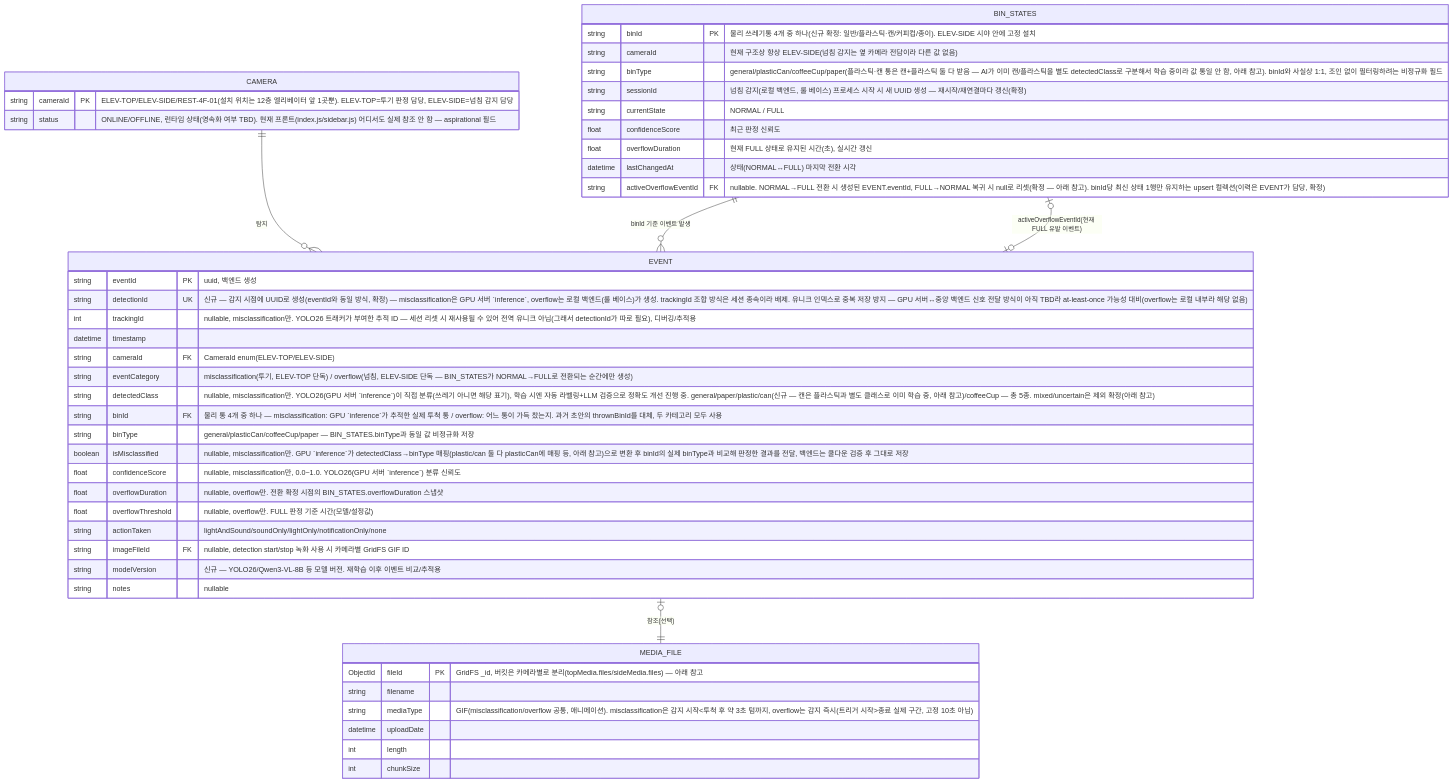
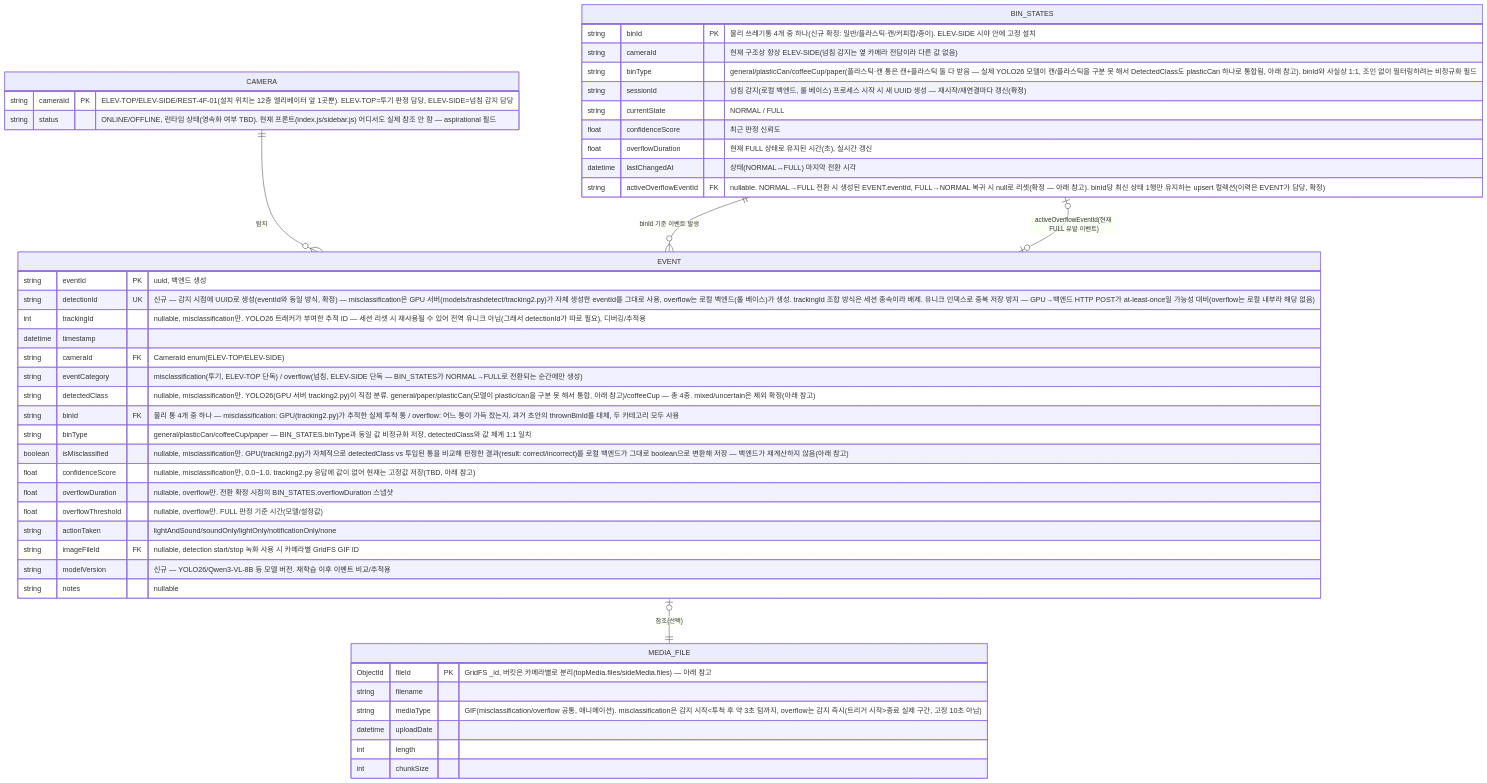
One commit to SortMasterr/SortMaster changed the diagram in Docs/ERD.md. Above: the diagram before and after it, drawn with Mermaid. The commit also changed other lines of this file and 5 other files, not shown here.

First line of the commit message:
docs: GPU 연동 방향 정정 및 통 위치 룰 베이스 확정 반영

````diff
--- a/Docs/ERD.md
+++ b/Docs/ERD.md
@@ -18,53 +20,53 @@
 ```mermaid
 erDiagram
     CAMERA ||--o{ EVENT : "탐지"
     BIN_STATES ||--o{ EVENT : "binId 기준 이벤트 발생"
     BIN_STATES |o--o| EVENT : "activeOverflowEventId(현재 FULL 유발 이벤트)"
     EVENT |o--|| MEDIA_FILE : "참조(선택)"
 
     CAMERA {
         string cameraId PK "ELEV-TOP/ELEV-SIDE/REST-4F-01(설치 위치는 12층 엘리베이터 앞 1곳뿐). ELEV-TOP=투기 판정 담당, ELEV-SIDE=넘침 감지 담당"
         string status "ONLINE/OFFLINE, 런타임 상태(영속화 여부 TBD). 현재 프론트(index.js/sidebar.js) 어디서도 실제 참조 안 함 — aspirational 필드"
     }
 
     BIN_STATES {
         string binId PK "물리 쓰레기통 4개 중 하나(신규 확정: 일반/플라스틱·캔/커피컵/종이). ELEV-SIDE 시야 안에 고정 설치"
         string cameraId "현재 구조상 항상 ELEV-SIDE(넘침 감지는 옆 카메라 전담이라 다른 값 없음)"
-        string binType "general/plasticCan/coffeeCup/paper(플라스틱·캔 통은 캔+플라스틱 둘 다 받음 — AI가 이미 캔/플라스틱을 별도 detectedClass로 구분해서 학습 중이라 값 통일 안 함, 아래 참고). binId와 사실상 1:1, 조인 없이 필터링하려는 비정규화 필드"
+        string binType "general/plasticCan/coffeeCup/paper(플라스틱·캔 통은 캔+플라스틱 둘 다 받음 — 실제 YOLO26 모델이 캔/플라스틱을 구분 못 해서 DetectedClass도 plasticCan 하나로 통합됨, 아래 참고). binId와 사실상 1:1, 조인 없이 필터링하려는 비정규화 필드"
         string sessionId "넘침 감지(로컬 백엔드, 룰 베이스) 프로세스 시작 시 새 UUID 생성 — 재시작/재연결마다 갱신(확정)"
         string currentState "NORMAL / FULL"
         float confidenceScore "최근 판정 신뢰도"
         float overflowDuration "현재 FULL 상태로 유지된 시간(초), 실시간 갱신"
         datetime lastChangedAt "상태(NORMAL↔FULL) 마지막 전환 시각"
         string activeOverflowEventId FK "nullable. NORMAL→FULL 전환 시 생성된 EVENT.eventId, FULL→NORMAL 복귀 시 null로 리셋(확정 — 아래 참고). binId당 최신 상태 1행만 유지하는 upsert 컬렉션(이력은 EVENT가 담당, 확정)"
     }
 
     EVENT {
         string eventId PK "uuid, 백엔드 생성"
-        string detectionId UK "신규 — 감지 시점에 UUID로 생성(eventId와 동일 방식, 확정) — misclassification은 GPU 서버 `inference`, overflow는 로컬 백엔드(룰 베이스)가 생성. trackingId 조합 방식은 세션 종속이라 배제. 유니크 인덱스로 중복 저장 방지 — GPU 서버↔중앙 백엔드 신호 전달 방식이 아직 TBD라 at-least-once 가능성 대비(overflow는 로컬 내부라 해당 없음)"
+        string detectionId UK "신규 — 감지 시점에 UUID로 생성(eventId와 동일 방식, 확정) — misclassification은 GPU 서버(models/trashdetect/tracking2.py)가 자체 생성한 eventId를 그대로 사용, overflow는 로컬 백엔드(룰 베이스)가 생성. trackingId 조합 방식은 세션 종속이라 배제. 유니크 인덱스로 중복 저장 방지 — GPU→백엔드 HTTP POST가 at-least-once일 가능성 대비(overflow는 로컬 내부라 해당 없음)"
         int trackingId "nullable, misclassification만. YOLO26 트래커가 부여한 추적 ID — 세션 리셋 시 재사용될 수 있어 전역 유니크 아님(그래서 detectionId가 따로 필요), 디버깅/추적용"
         datetime timestamp
         string cameraId FK "CameraId enum(ELEV-TOP/ELEV-SIDE)"
         string eventCategory "misclassification(투기, ELEV-TOP 단독) / overflow(넘침, ELEV-SIDE 단독 — BIN_STATES가 NORMAL→FULL로 전환되는 순간에만 생성)"
-        string detectedClass "nullable, misclassification만. YOLO26(GPU 서버 `inference`)이 직접 분류(쓰레기 아니면 해당 표기), 학습 시엔 자동 라벨링+LLM 검증으로 정확도 개선 진행 중. general/paper/plastic/can(신규 — 캔은 플라스틱과 별도 클래스로 이미 학습 중, 아래 참고)/coffeeCup — 총 5종. mixed/uncertain은 제외 확정(아래 참고)"
-        string binId FK "물리 통 4개 중 하나 — misclassification: GPU `inference`가 추적한 실제 투척 통 / overflow: 어느 통이 가득 찼는지. 과거 초안의 thrownBinId를 대체, 두 카테고리 모두 사용"
-        string binType "general/plasticCan/coffeeCup/paper — BIN_STATES.binType과 동일 값 비정규화 저장"
-        boolean isMisclassified "nullable, misclassification만. GPU `inference`가 detectedClass→binType 매핑(plastic/can 둘 다 plasticCan에 매핑 등, 아래 참고)으로 변환 후 binId의 실제 binType과 비교해 판정한 결과를 전달, 백엔드는 쿨다운 검증 후 그대로 저장"
-        float confidenceScore "nullable, misclassification만, 0.0~1.0. YOLO26(GPU 서버 `inference`) 분류 신뢰도"
+        string detectedClass "nullable, misclassification만. YOLO26(GPU 서버 tracking2.py)이 직접 분류. general/paper/plasticCan(모델이 plastic/can을 구분 못 해서 통합, 아래 참고)/coffeeCup — 총 4종. mixed/uncertain은 제외 확정(아래 참고)"
+        string binId FK "물리 통 4개 중 하나 — misclassification: GPU(tracking2.py)가 추적한 실제 투척 통 / overflow: 어느 통이 가득 찼는지. 과거 초안의 thrownBinId를 대체, 두 카테고리 모두 사용"
+        string binType "general/plasticCan/coffeeCup/paper — BIN_STATES.binType과 동일 값 비정규화 저장, detectedClass와 값 체계 1:1 일치"
+        boolean isMisclassified "nullable, misclassification만. GPU(tracking2.py)가 자체적으로 detectedClass vs 투입된 통을 비교해 판정한 결과(result: correct/incorrect)를 로컬 백엔드가 그대로 boolean으로 변환해 저장 — 백엔드가 재계산하지 않음(아래 참고)"
+        float confidenceScore "nullable, misclassification만, 0.0~1.0. tracking2.py 응답에 값이 없어 현재는 고정값 저장(TBD, 아래 참고)"
         float overflowDuration "nullable, overflow만. 전환 확정 시점의 BIN_STATES.overflowDuration 스냅샷"
         float overflowThreshold "nullable, overflow만. FULL 판정 기준 시간(모델/설정값)"
         string actionTaken "lightAndSound/soundOnly/lightOnly/notificationOnly/none"
         string imageFileId FK "nullable, detection start/stop 녹화 사용 시 카메라별 GridFS GIF ID"
         string modelVersion "신규 — YOLO26/Qwen3-VL-8B 등 모델 버전. 재학습 이후 이벤트 비교/추적용"
         string notes "nullable"
     }
 
     MEDIA_FILE {
         ObjectId fileId PK "GridFS _id, 버킷은 카메라별로 분리(topMedia.files/sideMedia.files) — 아래 참고"
         string filename
         string mediaType "GIF(misclassification/overflow 공통, 애니메이션). misclassification은 감지 시작~투척 후 약 3초 텀까지, overflow는 감지 즉시(트리거 시작~종료 실제 구간, 고정 10초 아님)"
         datetime uploadDate
         int length
         int chunkSize
     }
 ```
````
